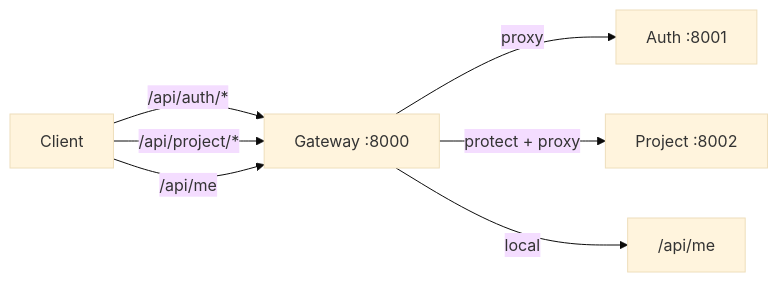
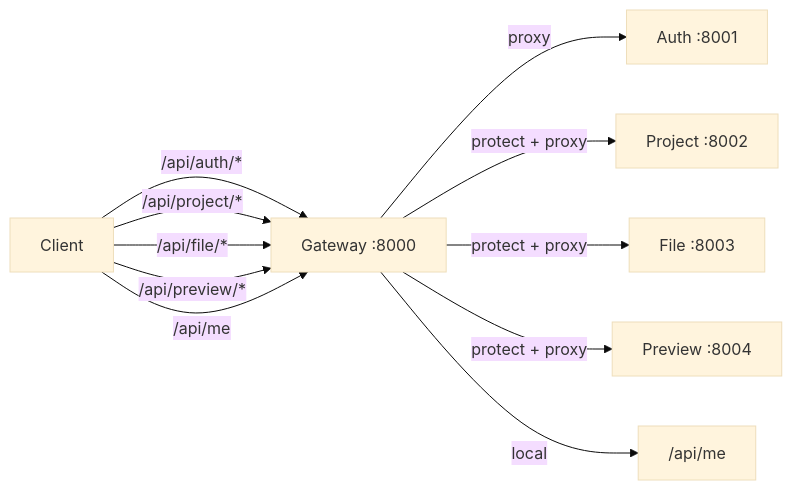
The diagram in docs/backend/api-reference.md (yamanhassan1/NexPulse), drawn with Mermaid (base theme) before and after one commit. The commit also changed other lines of this file and 197 other files, not shown here.

````diff
--- a/docs/backend/api-reference.md
+++ b/docs/backend/api-reference.md
@@ -15,9 +14,13 @@
 ```mermaid
 flowchart LR
     C["Client"] -->|"/api/auth/*"| G["Gateway :8000"]
     C -->|"/api/project/*"| G
+    C -->|"/api/file/*"| G
+    C -->|"/api/preview/*"| G
     C -->|"/api/me"| G
     G -->|"proxy"| A["Auth :8001"]
     G -->|"protect + proxy"| P["Project :8002"]
+    G -->|"protect + proxy"| F["File :8003"]
+    G -->|"protect + proxy"| V["Preview :8004"]
     G -->|"local"| M["/api/me"]
 ```
````
